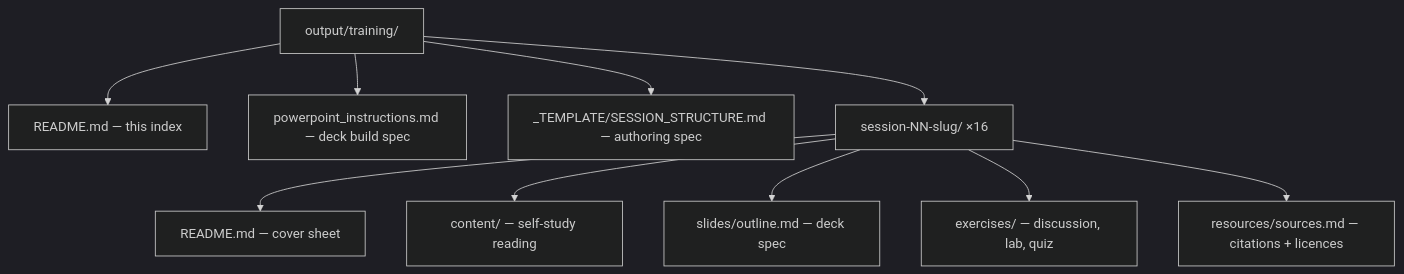
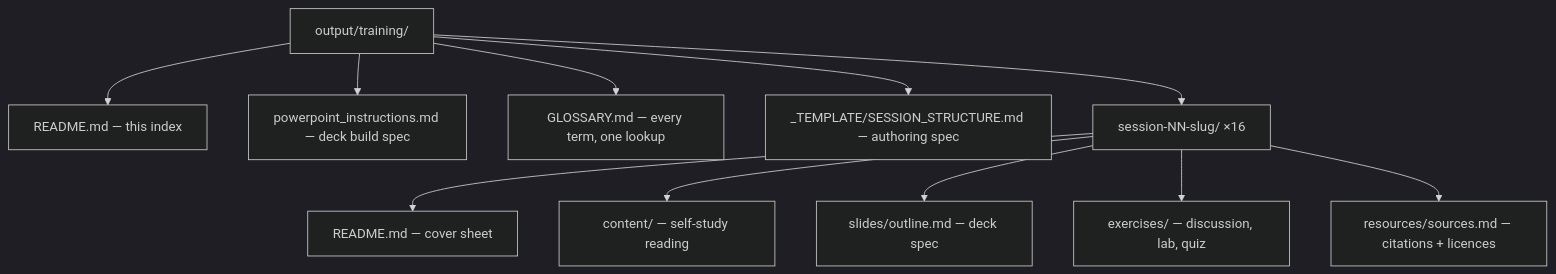
The diagram in training/README.md (revelation-today/hagen-ai-training), drawn with Mermaid (dark theme) before and after one commit. The commit also changed other lines of this file and 2 other files, not shown here.

Commit message:
Add course-wide glossary
Terms were defined in whichever session taught them — AI/ML/DL/LLM and
token in S2, temperature in S9, MCP in S11, agent in S12, base rate in
S13, prompt injection in S14 — with no single place to look one up.
Across 16 sessions that is a real problem for self-study.

GLOSSARY.md gives every key term and abbreviation a plain-English
definition plus a pointer to the session that teaches it in depth, an
orientation diagram for the AI/ML/DL/LLM nesting, an abbreviation table,
and a short "six terms most often used wrongly" section.

Also defines "ground truth", which the course used ~19 times in S15 and
throughout S14 as though already established but never actually defined.

Linked from both the repo README and training/README.md.

````diff
--- a/training/README.md
+++ b/training/README.md
@@ -12,13 +12,14 @@
 ```mermaid
 flowchart TD
     root["output/training/"]
     root --> RM["README.md — this index"]
     root --> PPT["powerpoint_instructions.md — deck build spec"]
+    root --> GL["GLOSSARY.md — every term, one lookup"]
     root --> TPL["_TEMPLATE/SESSION_STRUCTURE.md — authoring spec"]
     root --> S["session-NN-slug/ ×16"]
     S --> SR["README.md — cover sheet"]
     S --> C["content/ — self-study reading"]
     S --> SL["slides/outline.md — deck spec"]
     S --> EX["exercises/ — discussion, lab, quiz"]
     S --> RES["resources/sources.md — citations + licences"]
 ```
````
